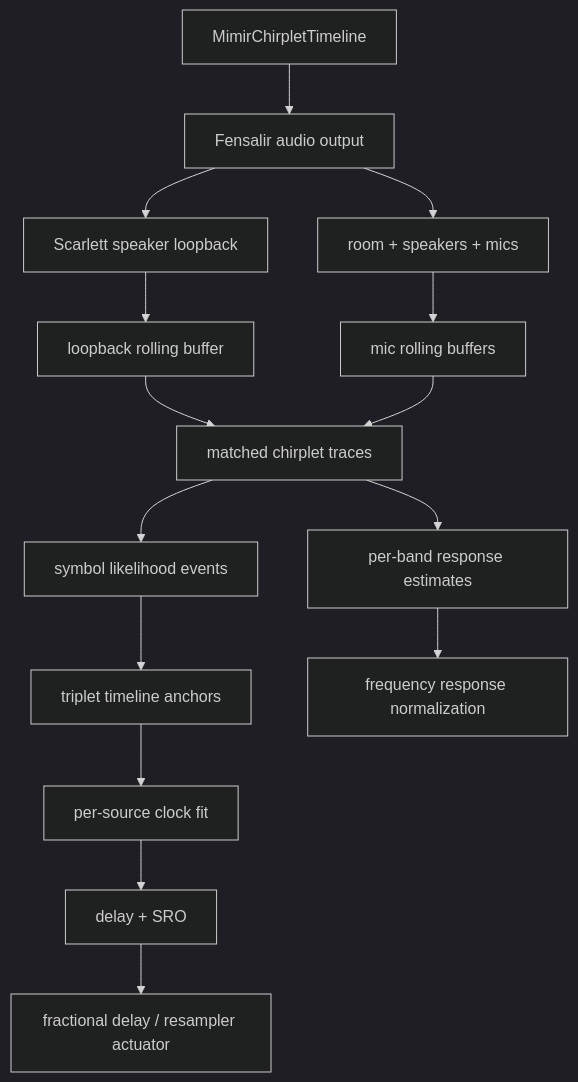
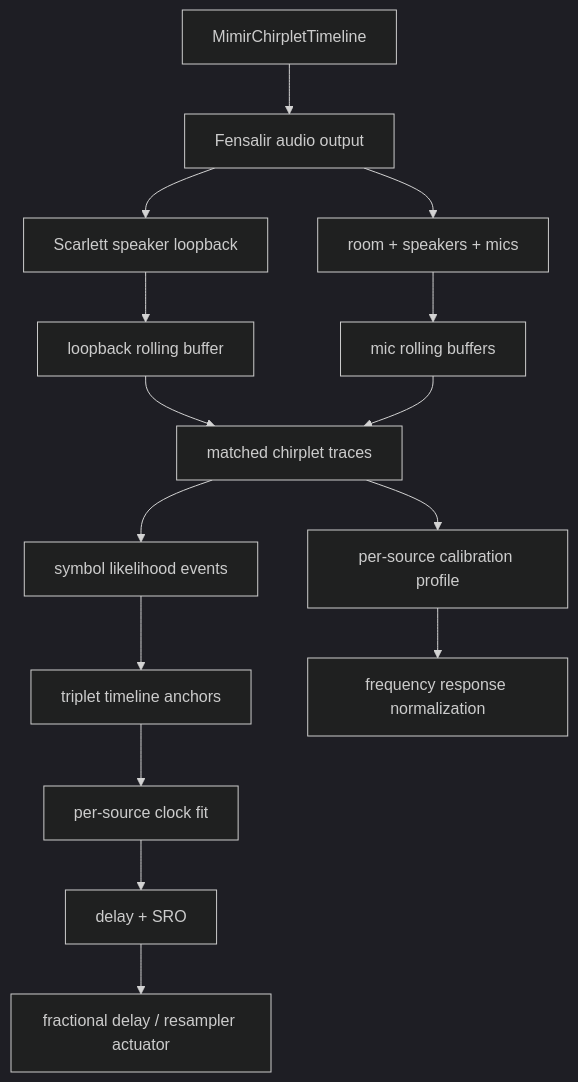
One commit to GameCult/Mimir changed the second of 2 diagrams in docs/audio-field.md. Above: the diagram before and after it, drawn with Mermaid (dark theme). The commit also changed other lines of this file and 9 other files, not shown here.

````diff
--- a/docs/audio-field.md
+++ b/docs/audio-field.md
@@ -196,17 +202,17 @@
 ```mermaid
 flowchart TD
     A["MimirChirpletTimeline"] --> B["Fensalir audio output"]
     B --> C["Scarlett speaker loopback"]
     B --> D["room + speakers + mics"]
     C --> E["loopback rolling buffer"]
     D --> F["mic rolling buffers"]
     E --> G["matched chirplet traces"]
     F --> G
     G --> H["symbol likelihood events"]
     H --> L["triplet timeline anchors"]
     L --> M["per-source clock fit"]
     M --> N["delay + SRO"]
-    G --> I["per-band response estimates"]
+    G --> I["per-source calibration profile"]
     N --> J["fractional delay / resampler actuator"]
     I --> K["frequency response normalization"]
 ```
````
